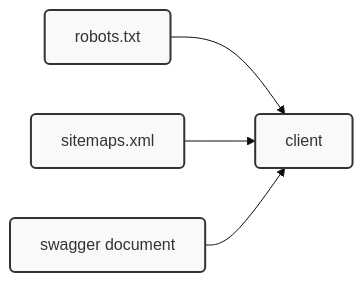
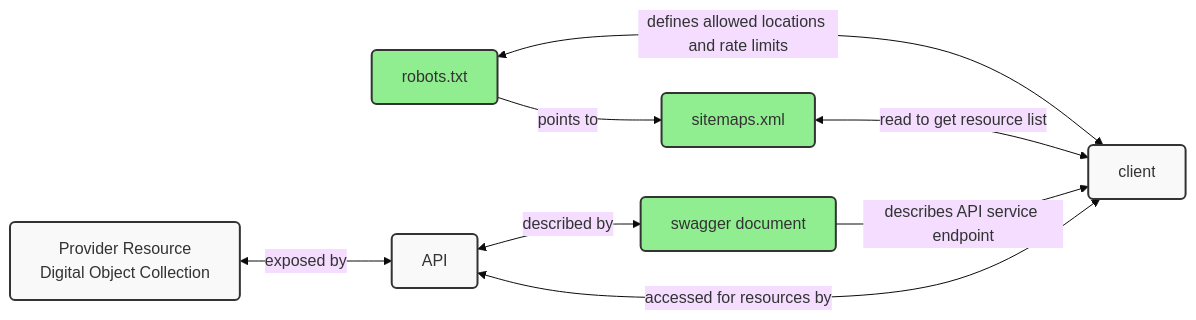
Before and after one commit to go-fair-us/apireference: the second of 3 diagrams in README.md, drawn with Mermaid (base theme). The commit also changed other lines of this file and 4 other files, not shown here.

````diff
--- a/README.md
+++ b/README.md
@@ -192,18 +262,28 @@
 ```mermaid
 flowchart LR
     r["robots.txt"]
     s["sitemaps.xml"]
     sw["swagger document"]
     cl["client"]
+    do["Provider Resource\n Digital Object Collection"]
+    api["API"]
 
-    r --> cl
-    s --> cl
-    sw --> cl
+    r <-- defines allowed locations and rate limits --> cl
+    r -- points to --> s
+    s <-- read to get resource list --> cl
+    api <-- described by --> sw
+    sw -- describes API service endpoint --> cl
+    do <-- exposed by --> api
+    api <-- accessed for resources by --> cl
 
     %% Define styling for boxes
     classDef boxStyle fill:#f9f9f9,stroke:#333,stroke-width:2px,rx:5,ry:5
+    %% Define styling for boxes
+    classDef docStyle fill:#90ee90,stroke:#333,stroke-width:2px,rx:5,ry:5
+
 
     %% Apply styling to all nodes
-    class r,s,sw,cl boxStyle
+    class r,s,sw,cl,do,api boxStyle
+    class r,s,sw docStyle
 
 ```
````
